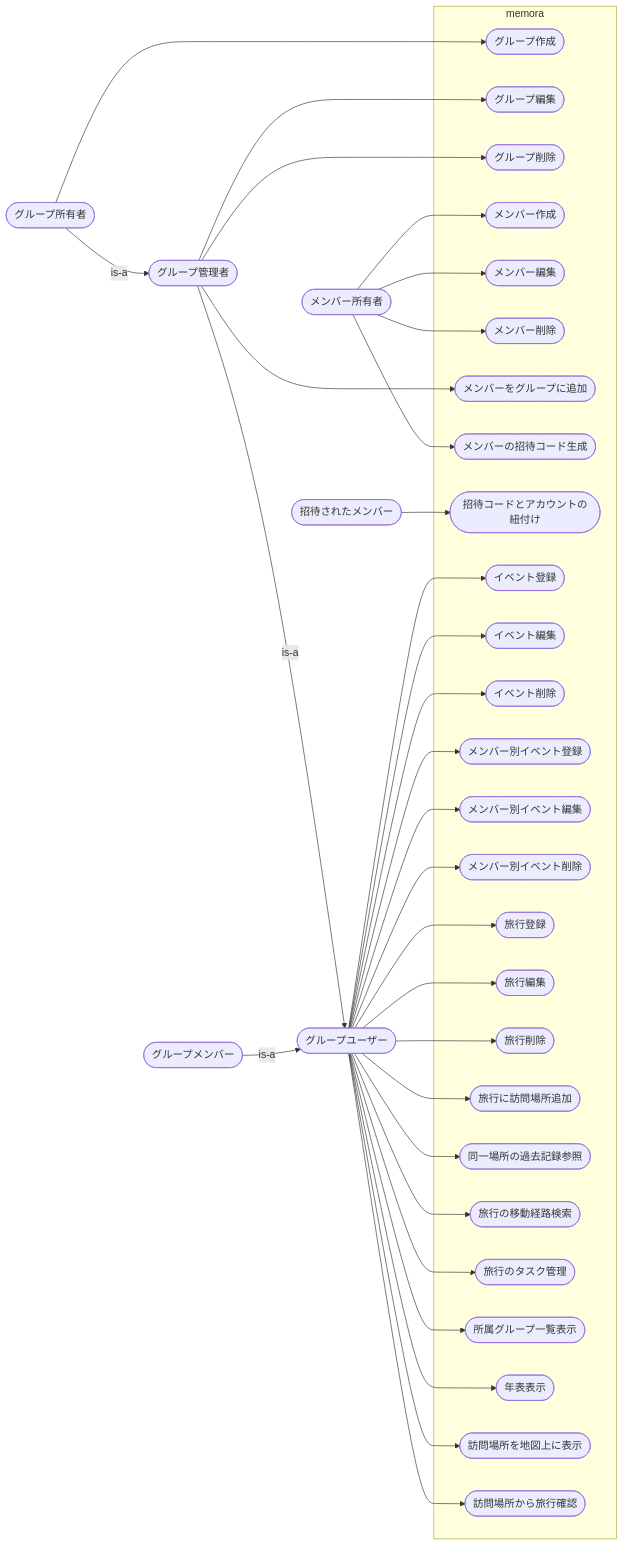
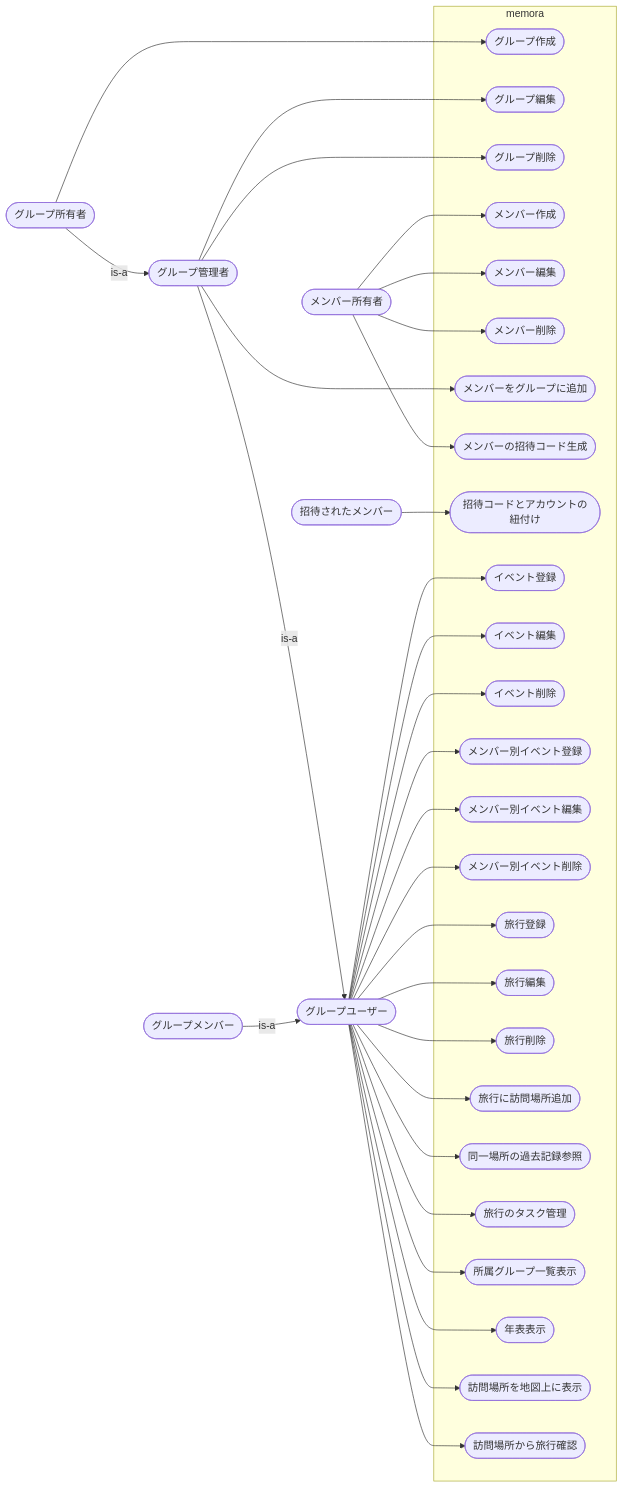
Before and after one commit to taka-016/memora: the diagram in docs/usecase_diagram.md, drawn with Mermaid. The commit also changed other lines of this file and 2 other files, not shown here.

Commit message:
docs(trip): 経路検索仕様を削除

```diff
--- a/docs/usecase_diagram.md
+++ b/docs/usecase_diagram.md
@@ -109,8 +108,7 @@
         T3([旅行削除])
         T4([旅行に訪問場所追加])
         T5([同一場所の過去記録参照])
-        T6([旅行の移動経路検索])
-        T7([旅行のタスク管理])
+        T6([旅行のタスク管理])
         
         %% 年表表示
         GT1([所属グループ一覧表示])
@@ -147,7 +145,6 @@
     GroupUser --> T4
     GroupUser --> T5
     GroupUser --> T6
-    GroupUser --> T7
     GroupUser --> GT1
     GroupUser --> GT2
     GroupUser --> MAP1
```
